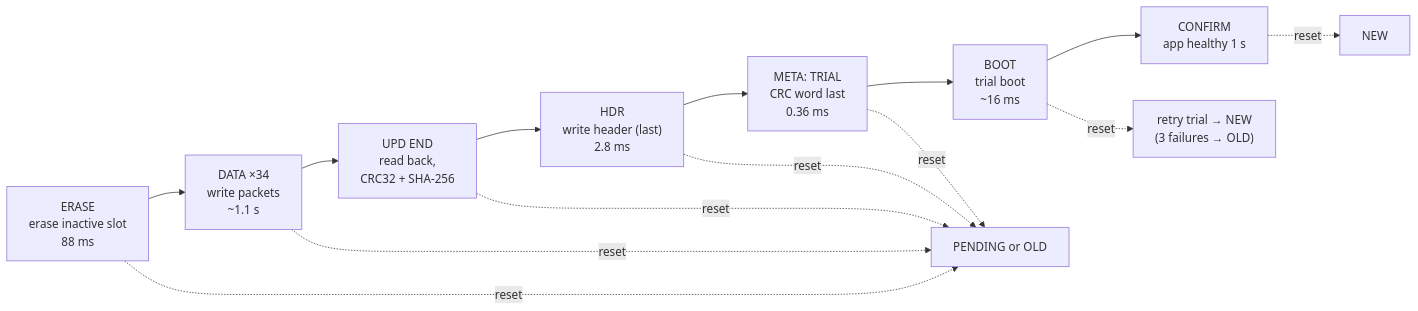
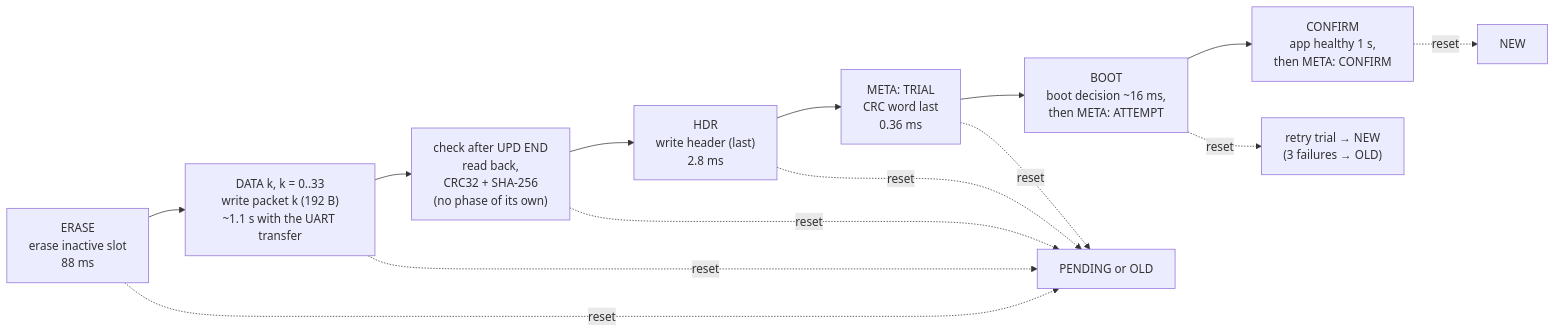
One commit to aarmert/c031-ab-bootloader-stress changed the diagram in README.md. Above: the diagram before and after it, drawn with Mermaid. The commit also changed other lines of this file and 5 other files, not shown here.

````diff
--- a/README.md
+++ b/README.md
@@ -56,16 +57,16 @@
 ```mermaid
 flowchart LR
-    E["ERASE<br/>erase inactive slot<br/>88 ms"] --> D["DATA ×34<br/>write packets<br/>~1.1 s"]
-    D --> V["UPD END<br/>read back,<br/>CRC32 + SHA-256"]
+    E["ERASE<br/>erase inactive slot<br/>88 ms"] --> D["DATA k, k = 0..33<br/>write packet k (192 B)<br/>~1.1 s with the UART transfer"]
+    D --> V["check after UPD END<br/>read back,<br/>CRC32 + SHA-256<br/>(no phase of its own)"]
     V --> H["HDR<br/>write header (last)<br/>2.8 ms"]
     H --> T["META: TRIAL<br/>CRC word last<br/>0.36 ms"]
-    T --> B["BOOT<br/>trial boot<br/>~16 ms"]
-    B --> C["CONFIRM<br/>app healthy 1 s"]
+    T --> B["BOOT<br/>boot decision ~16 ms,<br/>then META: ATTEMPT"]
+    B --> C["CONFIRM<br/>app healthy 1 s,<br/>then META: CONFIRM"]
     E -. reset .-> P1["PENDING or OLD"]
     D -. reset .-> P1
     V -. reset .-> P1
     H -. reset .-> P1
     T -. reset .-> P1
     B -. reset .-> N1["retry trial → NEW<br/>(3 failures → OLD)"]
     C -. reset .-> N2["NEW"]
 ```
````
